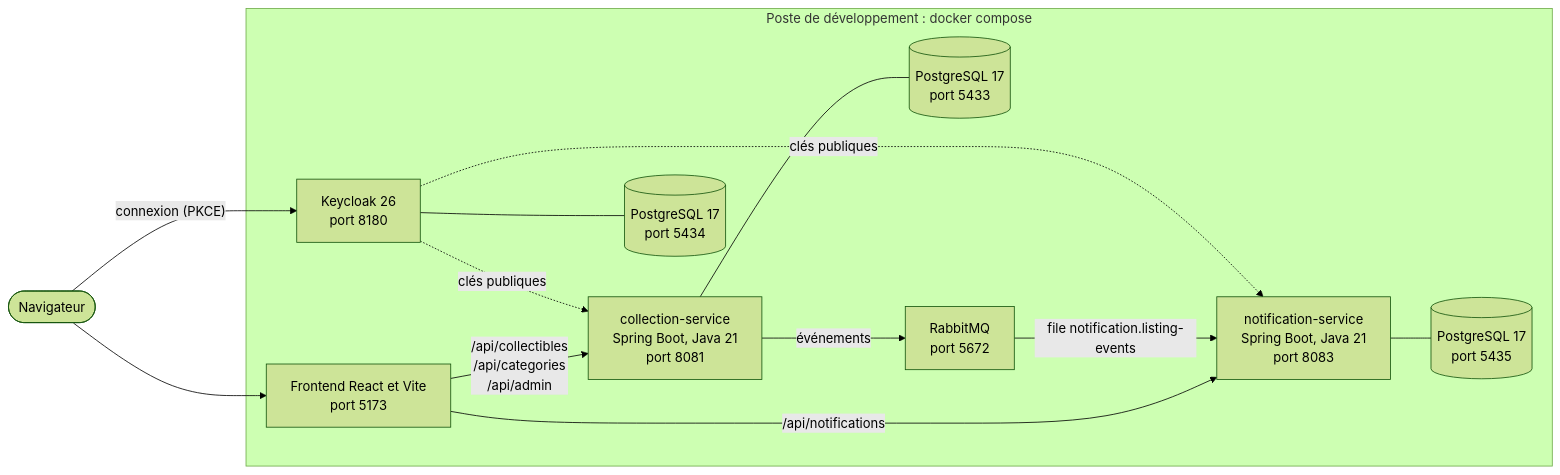
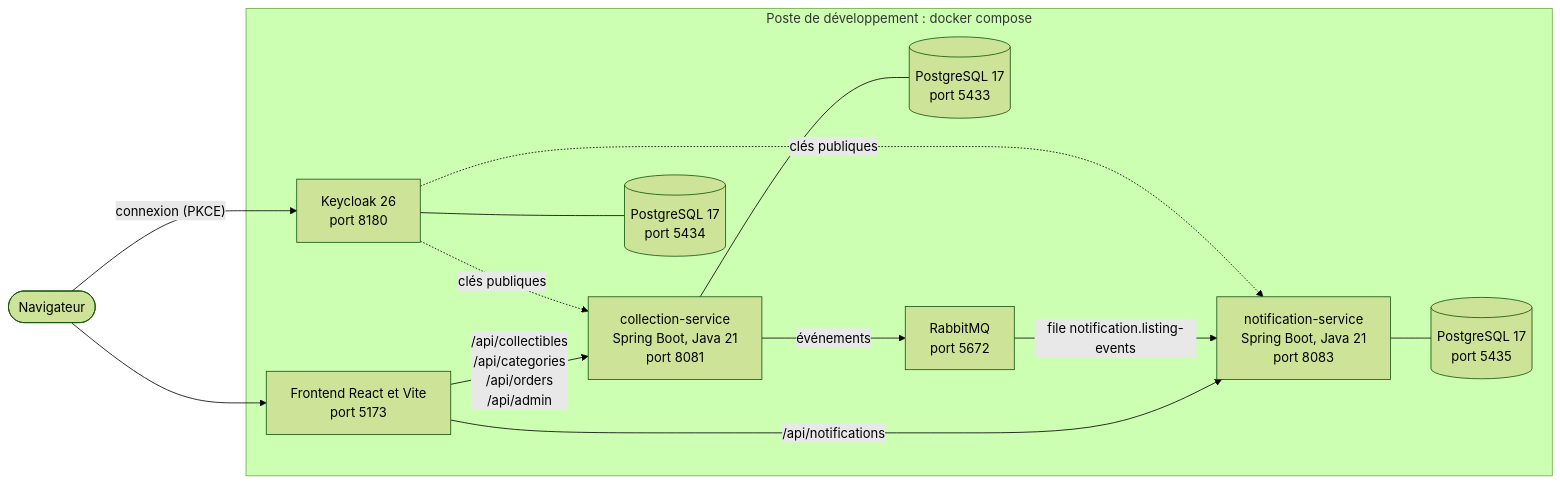
Before and after one commit to WALAAHAJJ/collector-indiv: the second of 8 diagrams in docs/architecture.md, drawn with Mermaid (forest theme). The commit also changed other lines of this file and 3 other files, not shown here.

First line of the commit message:
docs: écran d'achat et « Mes commandes » (README, architecture, sécurité, tests)

````diff
--- a/docs/architecture.md
+++ b/docs/architecture.md
@@ -40,26 +40,26 @@
 ```mermaid
 flowchart LR
     nav(["Navigateur"])
     subgraph dev["Poste de développement : docker compose"]
         vite["Frontend React et Vite<br/>port 5173"]
         kc["Keycloak 26<br/>port 8180"]
         cs["collection-service<br/>Spring Boot, Java 21<br/>port 8081"]
         kdb[("PostgreSQL 17<br/>port 5434")]
         cdb[("PostgreSQL 17<br/>port 5433")]
         ns["notification-service<br/>Spring Boot, Java 21<br/>port 8083"]
         ndb[("PostgreSQL 17<br/>port 5435")]
         mq["RabbitMQ<br/>port 5672"]
     end
 
     nav --> vite
     nav -->|"connexion (PKCE)"| kc
-    vite -->|"/api/collectibles<br/>/api/categories<br/>/api/admin"| cs
+    vite -->|"/api/collectibles<br/>/api/categories<br/>/api/orders<br/>/api/admin"| cs
     vite -->|"/api/notifications"| ns
     kc --- kdb
     cs --- cdb
     cs -->|"événements"| mq
     mq -->|"file notification.listing-events"| ns
     ns --- ndb
     kc -.->|"clés publiques"| cs
     kc -.->|"clés publiques"| ns
 ```
````
